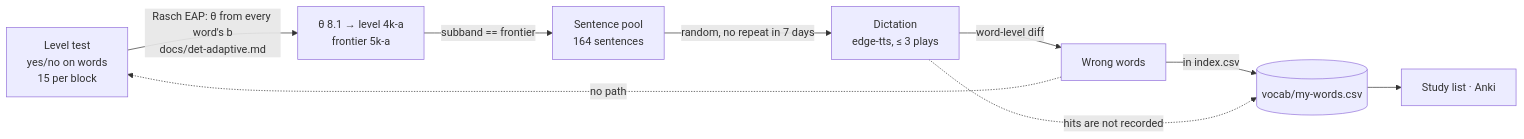
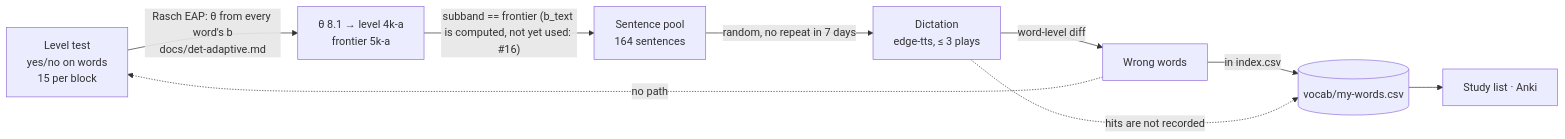
One commit to nhanpc/DET changed the third of 3 diagrams in docs/sentences.md. Above: the diagram before and after it, drawn with Mermaid. The commit also changed other lines of this file and 14 other files, not shown here.

````diff
--- a/docs/sentences.md
+++ b/docs/sentences.md
@@ -81,11 +166,11 @@
 ```mermaid
 flowchart LR
     T[Level test<br/>yes/no on words<br/>15 per block] -->|"Rasch EAP: θ from every word's b<br/>docs/det-adaptive.md"| L[θ 8.1 → level 4k-a<br/>frontier 5k-a]
-    L -->|"subband == frontier"| P[Sentence pool<br/>164 sentences]
+    L -->|"subband == frontier (b_text is computed, not yet used: #16)"| P[Sentence pool<br/>164 sentences]
     P -->|random, no repeat in 7 days| D[Dictation<br/>edge-tts, ≤ 3 plays]
     D -->|word-level diff| R[Wrong words]
     R -->|"in index.csv"| M[(vocab/my-words.csv)]
     M --> S[Study list · Anki]
     R -. no path .-> T
     D -. hits are not recorded .-> M
 ```
````
